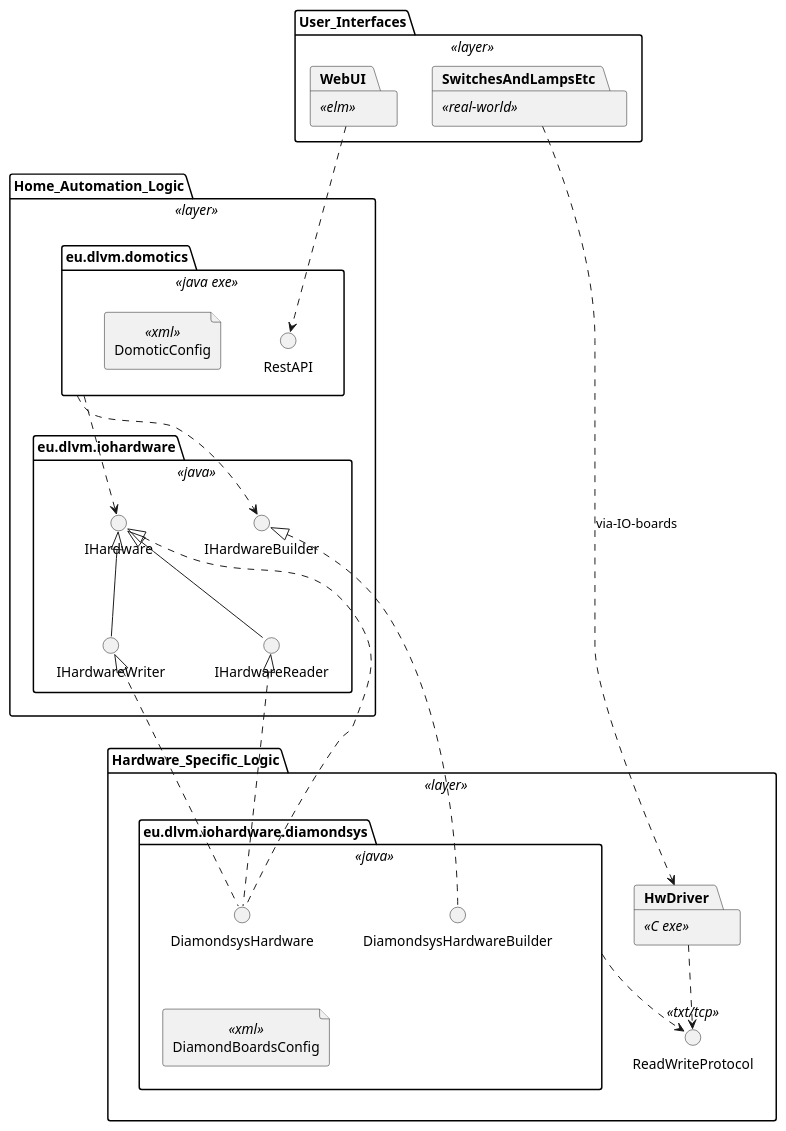
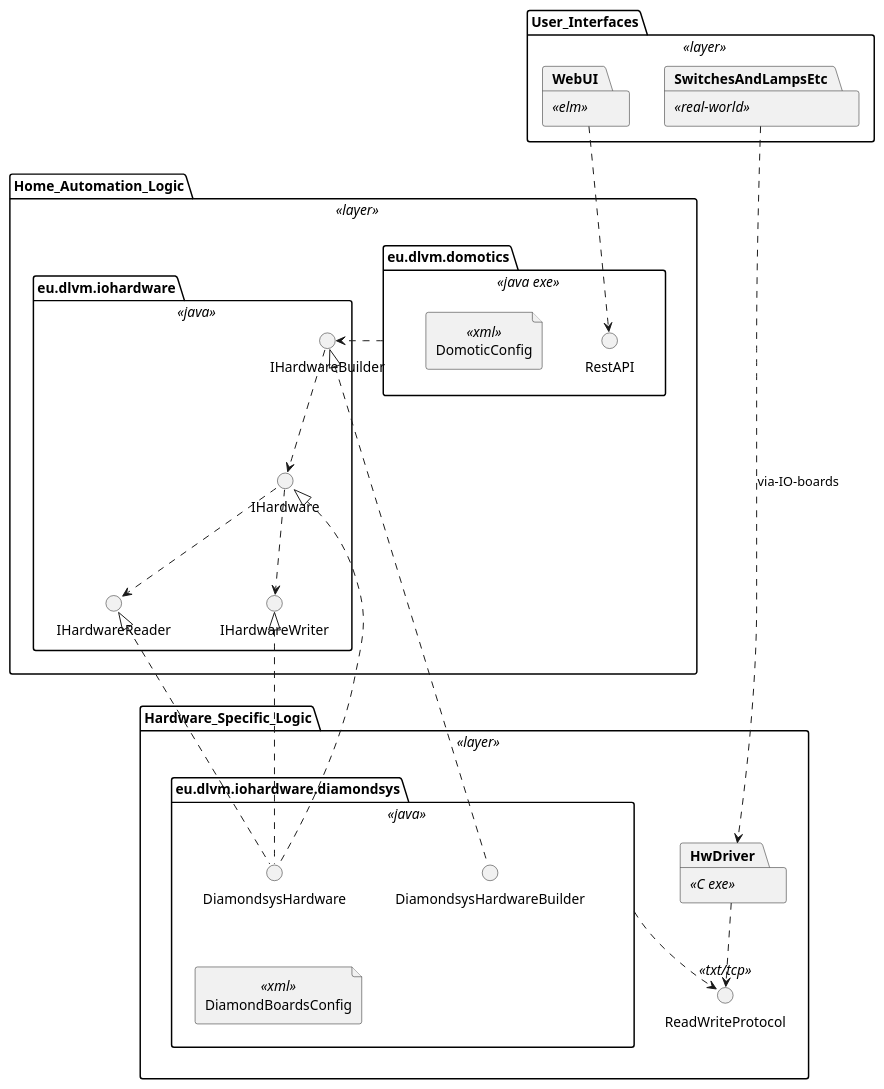
Before and after one commit to dvaneynde/home-automation: the third of 8 diagrams in DESIGN.md, drawn with PlantUML. The commit also changed other lines of this file and 11 other files, not shown here.

````diff
--- a/DESIGN.md
+++ b/DESIGN.md
@@ -273,46 +273,47 @@
 ```plantuml
 @startuml
 package User_Interfaces <<layer>> {
     package WebUI <<elm>>
     package SwitchesAndLampsEtc <<real-world>>
 }
 
 package Home_Automation_Logic <<layer>> {
         package eu.dlvm.domotics <<java exe>> {
             interface RestAPI
             file DomoticConfig <<xml>>   
         }
 
         package eu.dlvm.iohardware <<java>>{
-            interface IHardwareBuilder
+            interface IHardwareBuilder 
             interface IHardware
             interface IHardwareReader
             interface IHardwareWriter
-            IHardware <|-- IHardwareReader
-            IHardware <|-- IHardwareWriter
+            IHardwareBuilder ..> IHardware
+            IHardware ..> IHardwareReader
+            IHardware ..> IHardwareWriter
         }
 
-        eu.dlvm.domotics ..> IHardwareBuilder
-        eu.dlvm.domotics ..> IHardware
+        eu.dlvm.domotics .> IHardwareBuilder
+        'eu.dlvm.domotics ..> IHardware
 }
 
 WebUI ..> RestAPI
 
 package Hardware_Specific_Logic <<layer>> {
     package eu.dlvm.iohardware.diamondsys as ds <<java>> {
         IHardware <|.. DiamondsysHardware
         IHardwareReader <|.. DiamondsysHardware
         IHardwareWriter <|.. DiamondsysHardware
         IHardwareBuilder <|.. DiamondsysHardwareBuilder
         file DiamondBoardsConfig <<xml>>
         DiamondsysHardware -[hidden]- DiamondBoardsConfig
     }
     interface ReadWriteProtocol <<txt/tcp>>
     package HwDriver <<C exe>>
     ds ..> ReadWriteProtocol
     HwDriver ..> ReadWriteProtocol
 }
 
 SwitchesAndLampsEtc ..> HwDriver : via-IO-boards
 @enduml
 ```
````
